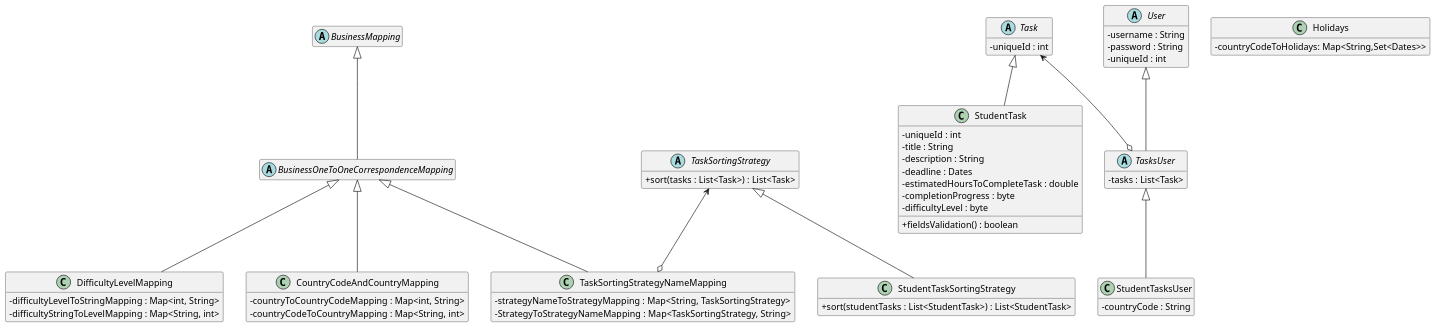
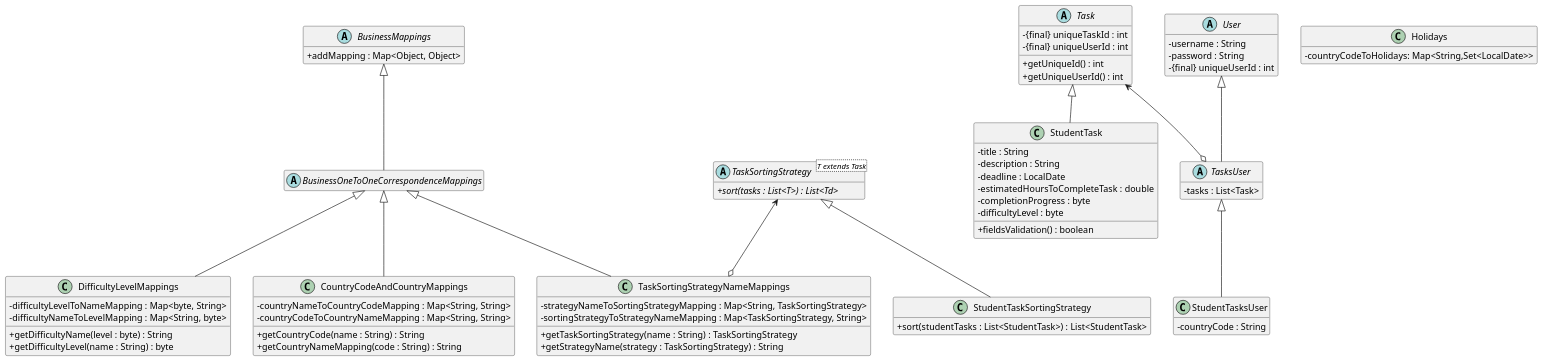
One commit to CSC207-2025F-UofT/team-project changed the first of 2 diagrams in Entities.puml. Above: the diagram before and after it, drawn with PlantUML. The commit also changed other lines of this file and 1 other file, not shown here.

```diff
--- a/Entities.puml
+++ b/Entities.puml
@@ -1,96 +1,114 @@
 @startuml
 'https://plantuml.com/class-diagram
 ' `..|>` represents Interface Realization/Implementation (dashed line with an open arrow).
 ' `--|>` represents Inheritance/Generalization (solid line with an open arrow).
 ' `o-->` represents Aggregation (a hollow diamond pointing to the owner/container). The "\*" indicates multiplicity (e.g., Drawing holds multiple Shape objects).
 skinparam dpi 120
 skinparam classAttributeIconSize 0
 hide empty members
 
 ' ========
 ' Foundational entities
 ' ========
-abstract class BusinessMapping
+abstract class BusinessMappings {
+  + addMapping : Map<Object, Object>
+}
 
 ' Maps with keys and values being both one-to-one and onto
-abstract class BusinessOneToOneCorrespondenceMapping
+abstract class BusinessOneToOneCorrespondenceMappings
 
 ' 1 - Easy, 2 - Average, 3 - Difficult
-class DifficultyLevelMapping {
-  - difficultyLevelToStringMapping : Map<int, String>
-  - difficultyStringToLevelMapping : Map<String, int>
+class DifficultyLevelMappings {
+  - difficultyLevelToNameMapping : Map<byte, String>
+  - difficultyNameToLevelMapping : Map<String, byte>
+  + getDifficultyName(level : byte) : String
+  + getDifficultyLevel(name : String) : byte
 }
 
 ' CA - Canada, US - USA, ET - Ethiopia, IN - India, FR - France, GH - Ghana
-class CountryCodeAndCountryMapping {
-  - countryToCountryCodeMapping : Map<int, String>
-  - countryCodeToCountryMapping : Map<String, int>
+class CountryCodeAndCountryMappings {
+  - countryNameToCountryCodeMapping : Map<String, String>
+  - countryCodeToCountryNameMapping : Map<String, String>
+  + getCountryCode(name : String) : String
+  + getCountryNameMapping(code : String) : String
 }
 
-class TaskSortingStrategyNameMapping {
- - strategyNameToStrategyMapping : Map<String, TaskSortingStrategy>
- - StrategyToStrategyNameMapping : Map<TaskSortingStrategy, String>
+class TaskSortingStrategyNameMappings {
+ - strategyNameToSortingStrategyMapping : Map<String, TaskSortingStrategy>
+ - sortingStrategyToStrategyNameMapping : Map<TaskSortingStrategy, String>
+ + getTaskSortingStrategy(name : String) : TaskSortingStrategy
+ + getStrategyName(strategy : TaskSortingStrategy) : String
 }
 
-' The unique ID is only unique per user
+' The uniqueId is only unique per user
+' The uniqueUserId reflects the user that owns the task
 abstract class Task {
-  - uniqueId : int
+  - {final} uniqueTaskId : int
+  - {final} uniqueUserId : int
+  + getUniqueId() : int
+  + getUniqueUserId() : int
 }
 
-' The estimated number of hours needed to complete the task must be positive
-' The completion progress must be an integer between 0 and 100. Both 0 and 100 are allowed.
+' The `fieldsValidation()` method checks the following:
+' - The estimated number of hours needed to complete the task must be positive
+' - The completion progress must be an integer between 0 and 100. Both 0 and 100 are allowed.
+' - The `deadline` field cannot be empty, and it could be a date that has already passed.
+' - The `uniqueUserId` field cannot be empty
+' The constructor of `StudentTask` should use the method `fieldsValidation()` to double-check the validity of the
+'     object created, and throw an error if the item is not valid.
+' The setter of `StudentTask` should use the method `fieldsValidation()` to double-check the validity of the object
+'     before and after the fields are changed, and throw an error if the item is not valid.
 class StudentTask {
-  - uniqueId : int
   - title : String
   - description : String
-  - deadline : Dates
+  - deadline : LocalDate
   - estimatedHoursToCompleteTask : double
   - completionProgress : byte
   - difficultyLevel : byte
   + fieldsValidation() : boolean
 }
 
 abstract class User {
   - username : String
   - password : String
-  - uniqueId : int
+  - {final} uniqueUserId : int
 }
 
 abstract class TasksUser {
   - tasks : List<Task>
 }
 
 class StudentTasksUser {
   - countryCode : String
 }
 
-abstract class TaskSortingStrategy {
-  + sort(tasks : List<Task>) : List<Task>
+abstract class TaskSortingStrategy<T extends Task> {
+  + {abstract} sort(tasks : List<T>) : List<Td>
 }
 
 class StudentTaskSortingStrategy {
   + sort(studentTasks : List<StudentTask>) : List<StudentTask>
 }
 
 ' Country code is in ISO 3166-1 alpha-2 code
 class Holidays {
-  - countryCodeToHolidays: Map<String,Set<Dates>>
+  - countryCodeToHolidays: Map<String,Set<LocalDate>>
 }
 
-BusinessMapping <|-- BusinessOneToOneCorrespondenceMapping
-BusinessOneToOneCorrespondenceMapping <|-- DifficultyLevelMapping
-BusinessOneToOneCorrespondenceMapping <|-- CountryCodeAndCountryMapping
-BusinessOneToOneCorrespondenceMapping <|-- TaskSortingStrategyNameMapping
+BusinessMappings <|-- BusinessOneToOneCorrespondenceMappings
+BusinessOneToOneCorrespondenceMappings <|-- DifficultyLevelMappings
+BusinessOneToOneCorrespondenceMappings <|-- CountryCodeAndCountryMappings
+BusinessOneToOneCorrespondenceMappings <|-- TaskSortingStrategyNameMappings
 
 Task <|-- StudentTask
 
 User <|-- TasksUser
 TasksUser <|-- StudentTasksUser
 
 Task <--o TasksUser
 
 TaskSortingStrategy <|-- StudentTaskSortingStrategy
 
-TaskSortingStrategy <--o TaskSortingStrategyNameMapping
+TaskSortingStrategy <--o TaskSortingStrategyNameMappings
 
 @enduml
```
